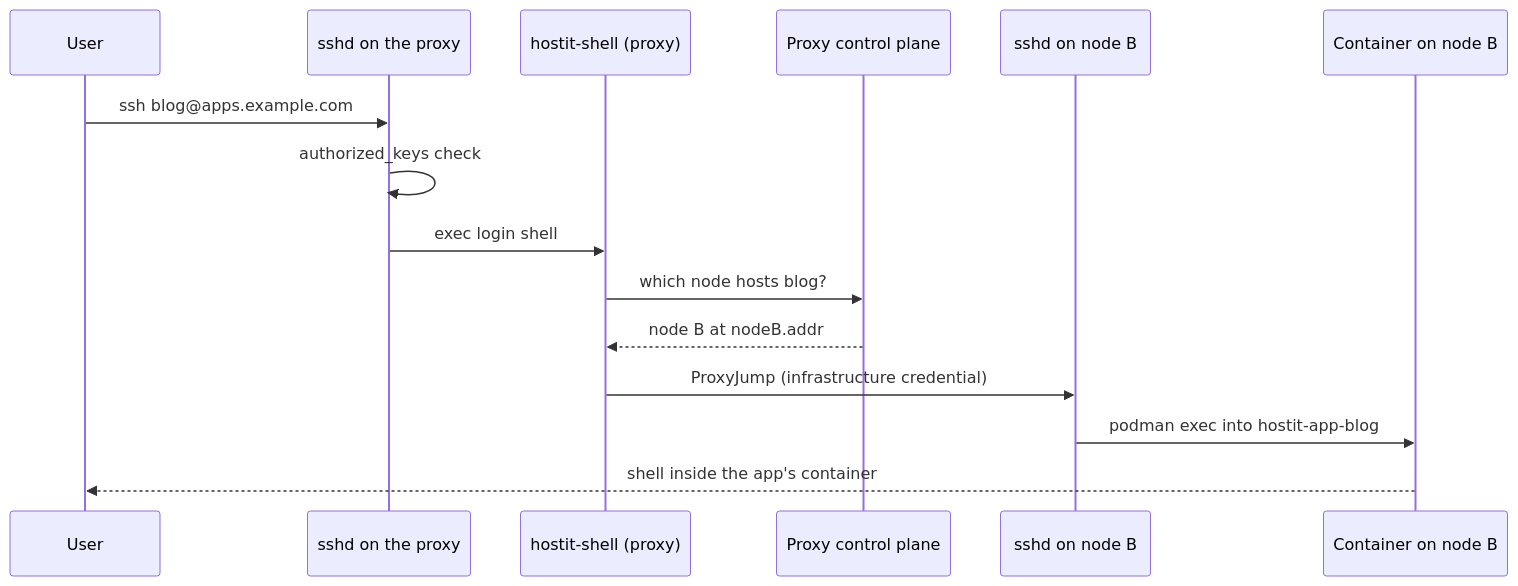
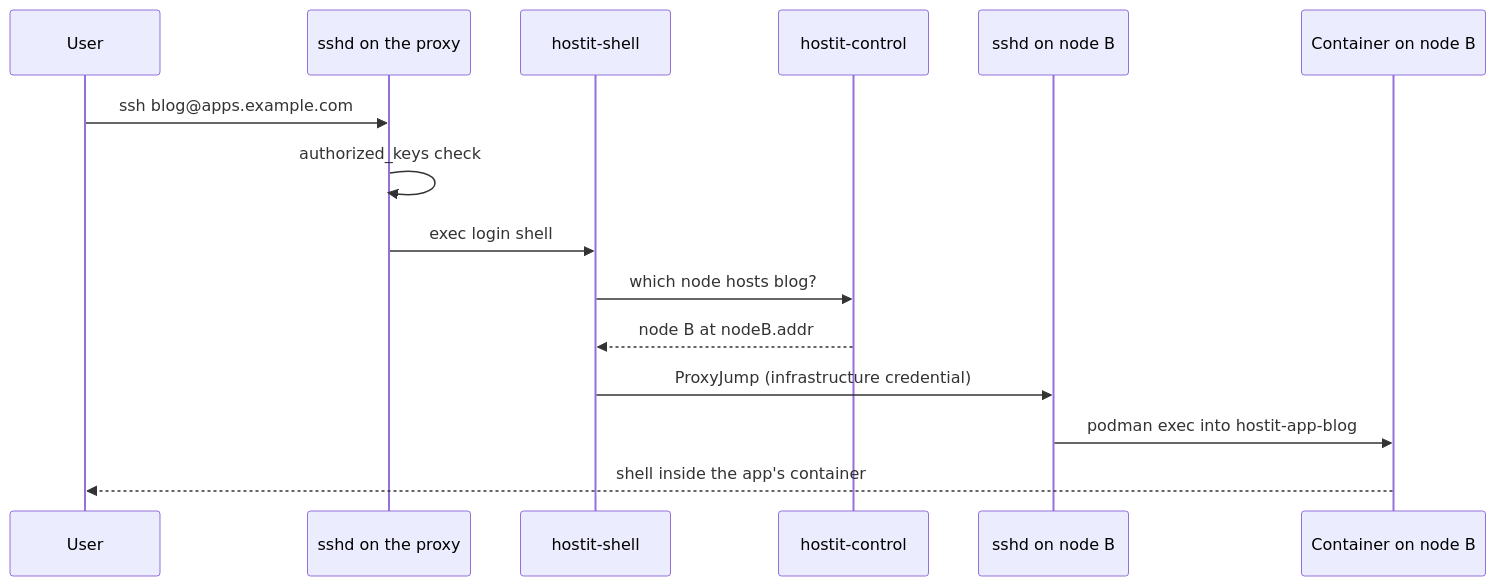
Before and after one commit to binwiederhier/hostit: the fifth of 7 diagrams in docs/slides/presentations/multinode.md, drawn with Mermaid. The commit also changed other lines of this file, not shown here.

````diff
--- a/docs/slides/presentations/multinode.md
+++ b/docs/slides/presentations/multinode.md
@@ -288,18 +306,18 @@
 ```mermaid {scale: 0.38}
 sequenceDiagram
     participant U as User
     participant PD as sshd on the proxy
-    participant SH as hostit-shell (proxy)
-    participant P as Proxy control plane
+    participant SH as hostit-shell
+    participant P as hostit-control
     participant ND as sshd on node B
     participant C as Container on node B
 
     U->>PD: ssh blog@apps.example.com
     PD->>PD: authorized_keys check
     PD->>SH: exec login shell
     SH->>P: which node hosts blog?
     P-->>SH: node B at nodeB.addr
     SH->>ND: ProxyJump (infrastructure credential)
     ND->>C: podman exec into hostit-app-blog
     C-->>U: shell inside the app's container
 ```
````
